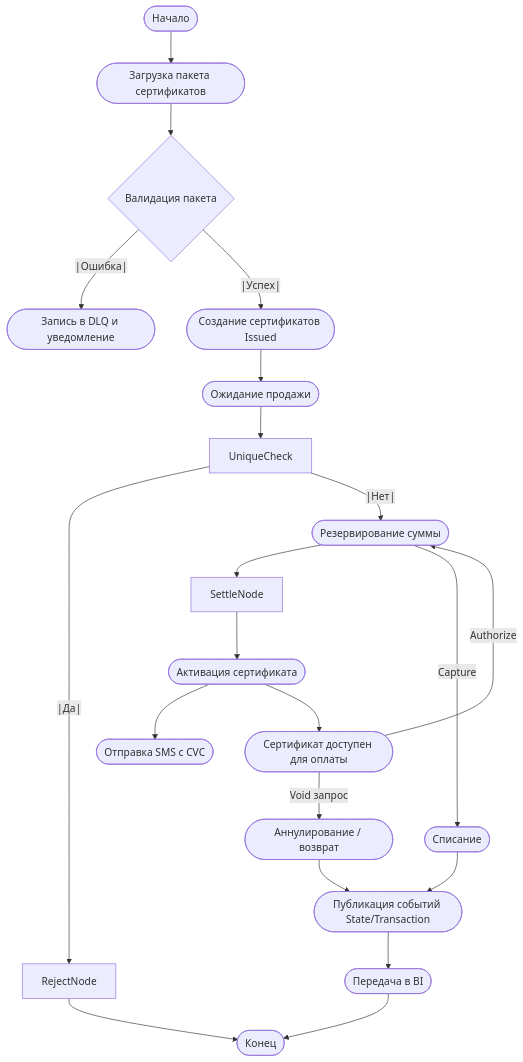
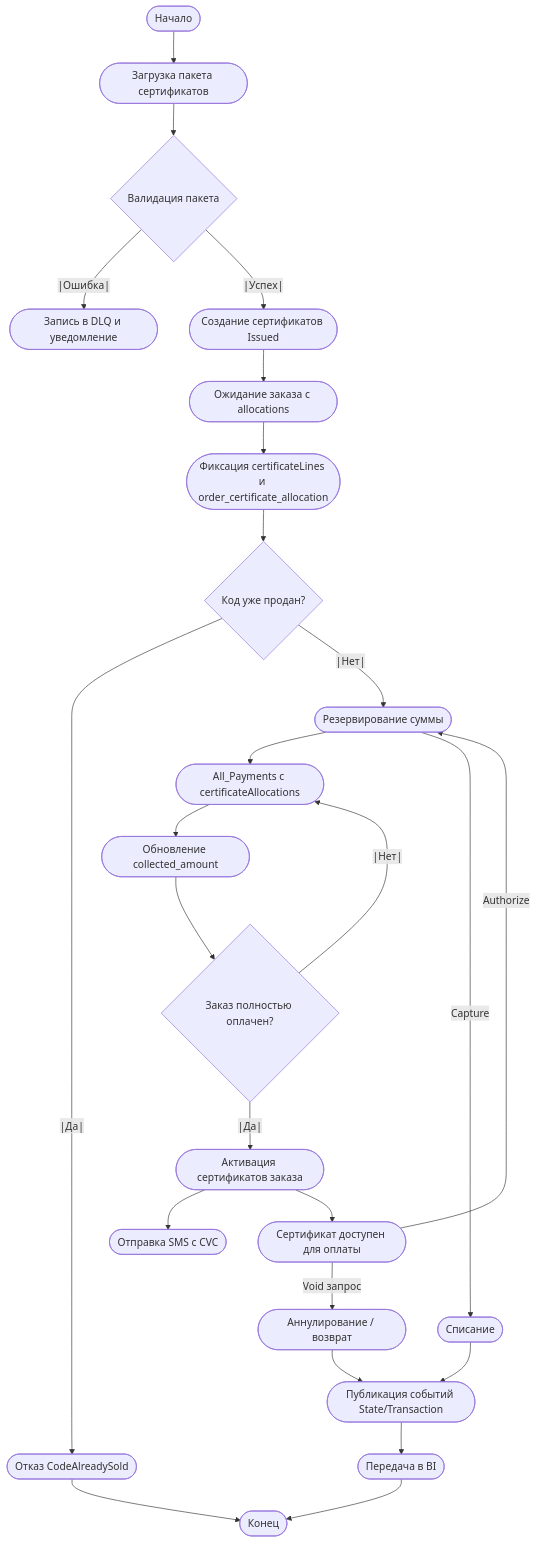
Before and after one commit to dobryakov/gift-certs-example2: the diagram in specs/flow.mmd, drawn with Mermaid. The commit also changed 15 other files, not shown here.

```diff
--- a/specs/flow.mmd
+++ b/specs/flow.mmd
@@ -1,37 +1,47 @@
 flowchart TD
   Start(["Начало"])
   Upload(["Загрузка пакета сертификатов"])
   Validate{Валидация пакета}
   DLQ(["Запись в DLQ и уведомление"])
   IssueNode(["Создание сертификатов Issued"])
-  WaitSaleNode(["Ожидание продажи"])
-  Activate(["Активация сертификата"])
+  WaitSaleNode(["Ожидание заказа с allocations"])
+  RegisterAlloc(["Фиксация certificateLines и order_certificate_allocation"])
+  UniqueCheck{Код уже продан?}
+  RejectNode(["Отказ CodeAlreadySold"])
+  Activate(["Активация сертификатов заказа"])
   NotifySMS(["Отправка SMS с CVC"])
   Available(["Сертификат доступен для оплаты"])
   AuthorizeNode(["Резервирование суммы"])
   CaptureNode(["Списание"])
   VoidNode(["Аннулирование / возврат"])
+  PaymentEvent(["All_Payments с certificateAllocations"])
+  AllocationUpdate(["Обновление collected_amount"])
+  AllocationCheck{Заказ полностью оплачен?}
   Publish(["Публикация событий State/Transaction"])
   BI(["Передача в BI"])
   End(["Конец"])
 
   Start --> Upload
   Upload --> Validate
   Validate --|Ошибка|--> DLQ
   Validate --|Успех|--> IssueNode
   IssueNode --> WaitSaleNode
-  WaitSaleNode --> UniqueCheck
+  WaitSaleNode --> RegisterAlloc
+  RegisterAlloc --> UniqueCheck
   UniqueCheck --|Да|--> RejectNode
   UniqueCheck --|Нет|--> AuthorizeNode
-  AuthorizeNode --> SettleNode
-  SettleNode --> Activate
+  AuthorizeNode --> PaymentEvent
+  PaymentEvent --> AllocationUpdate
+  AllocationUpdate --> AllocationCheck
+  AllocationCheck --|Нет|--> PaymentEvent
+  AllocationCheck --|Да|--> Activate
   RejectNode --> End
   Activate --> NotifySMS
   Activate --> Available
   Available -->|Authorize| AuthorizeNode
   AuthorizeNode -->|Capture| CaptureNode
   CaptureNode --> Publish
   Available -->|Void запрос| VoidNode
   VoidNode --> Publish
   Publish --> BI
   BI --> End
```
